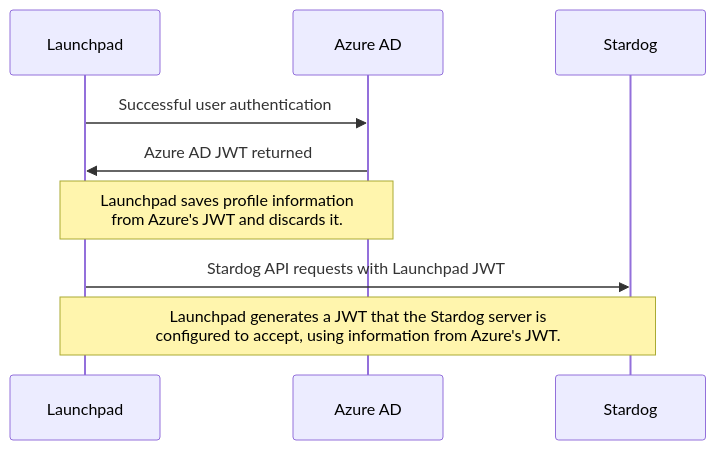
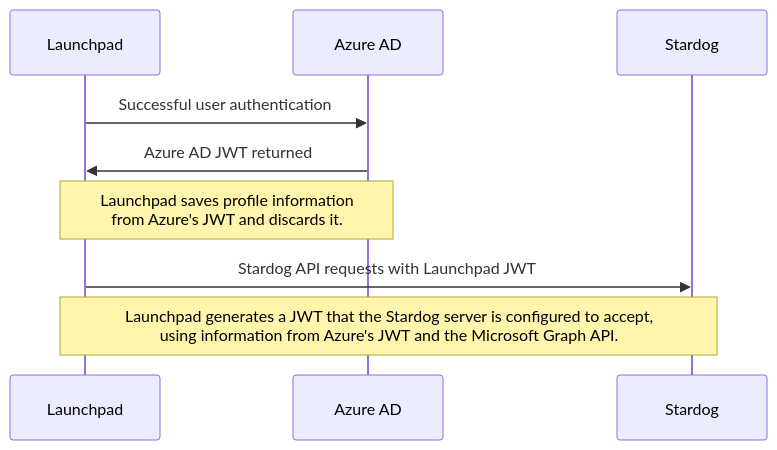
The diagram in azure/README.md (stardog-union/launchpad-docs), drawn with Mermaid before and after one commit. The commit also changed other lines of this file and 1 other file, not shown here.

Commit message:
address review comments

````diff
--- a/azure/README.md
+++ b/azure/README.md
@@ -37,8 +37,8 @@
 ```mermaid
 sequenceDiagram
   Launchpad->>Azure AD: Successful user authentication
   Azure AD->>Launchpad: Azure AD JWT returned
   Note over Azure AD,Launchpad: Launchpad saves profile information <br> from Azure's JWT and discards it.
   Launchpad->>Stardog: Stardog API requests with Launchpad JWT
-  Note over Launchpad,Stardog: Launchpad generates a JWT that the Stardog server is <br> configured to accept, using information from Azure's JWT.
+  Note over Launchpad,Stardog: Launchpad generates a JWT that the Stardog server is configured to accept, <br> using information from Azure's JWT and the Microsoft Graph API.
 ```
````
